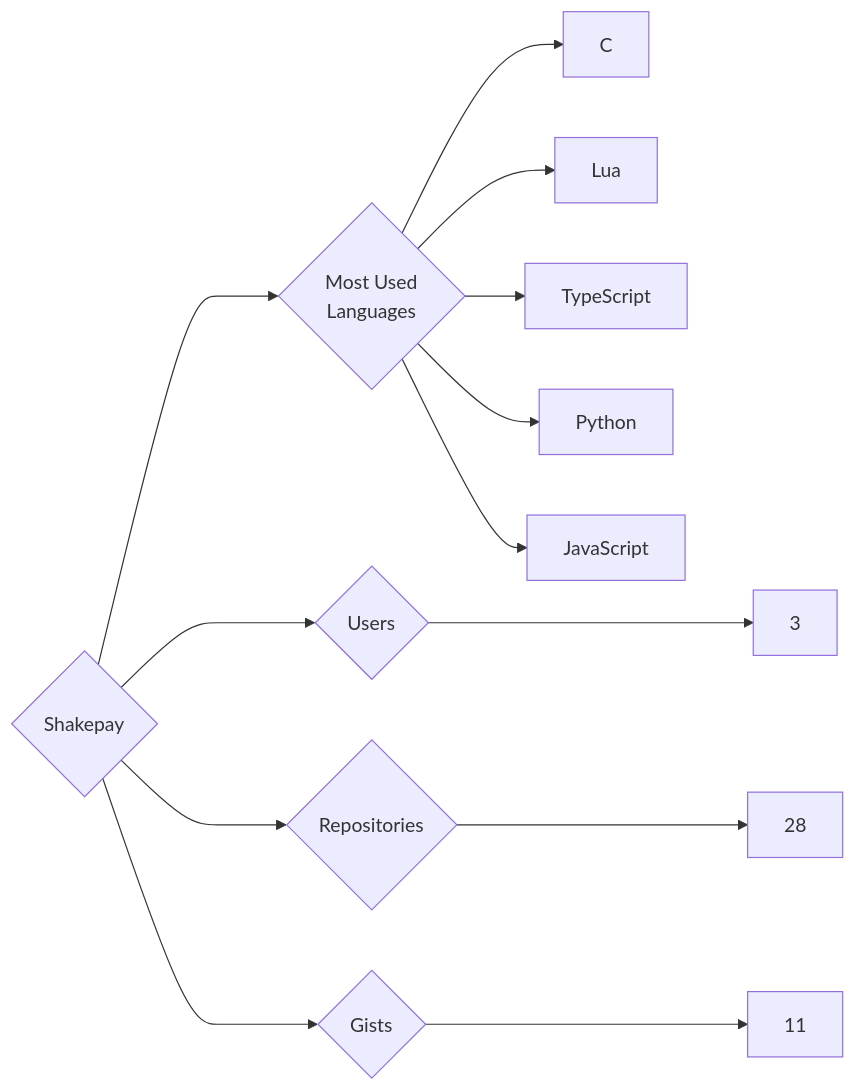
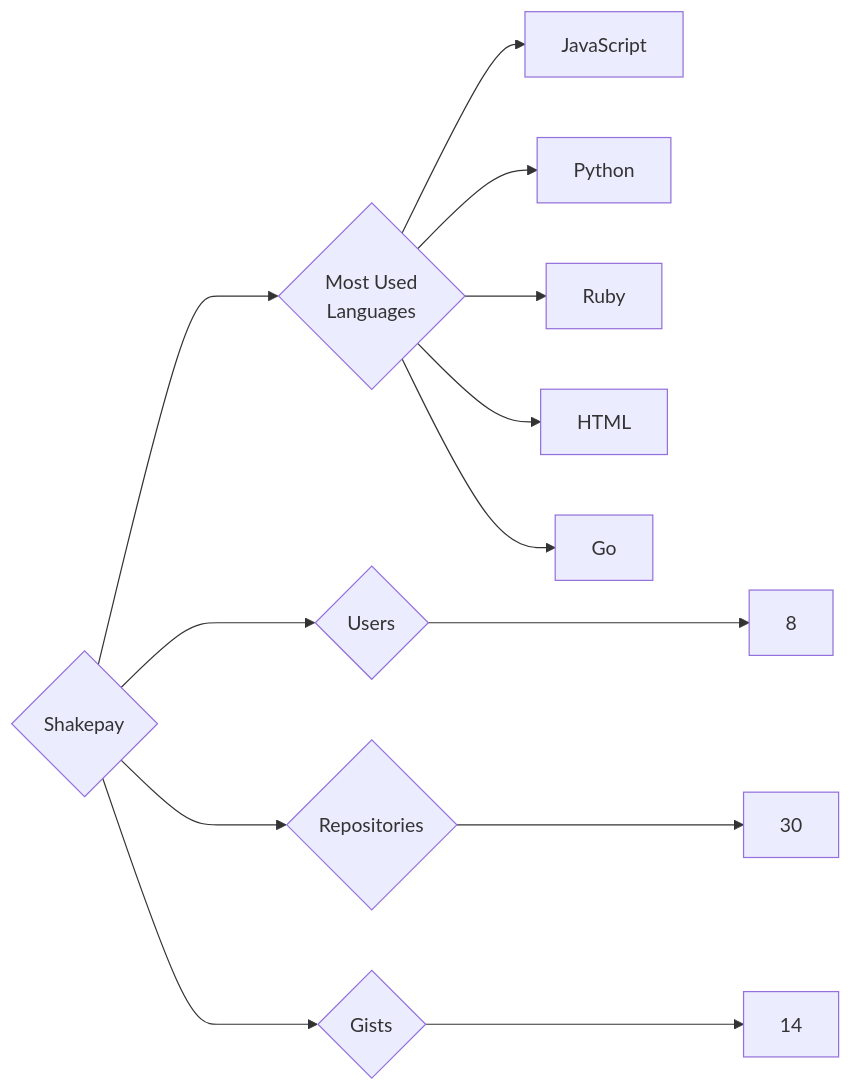
Before and after one commit to trickest/insiders: the diagram in targets/Shakepay/README.md, drawn with Mermaid. The commit also changed 953 other files, not shown here.

````diff
--- a/targets/Shakepay/README.md
+++ b/targets/Shakepay/README.md
@@ -3,13 +3,13 @@
 ```mermaid
 graph LR
 COMPANY_NAME{Shakepay}
-COMPANY_NAME ---> U{Users} ---> UN[3]
-COMPANY_NAME ---> R{Repositories} ---> RN[28]
-COMPANY_NAME ---> G{Gists} ---> GN[11]
+COMPANY_NAME ---> U{Users} ---> UN[8]
+COMPANY_NAME ---> R{Repositories} ---> RN[30]
+COMPANY_NAME ---> G{Gists} ---> GN[14]
 COMPANY_NAME ---> ML{Most Used<br>Languages}
-ML --> C[C]
-ML --> Lua[Lua]
-ML --> TypeScript[TypeScript]
+ML --> JavaScript[JavaScript]
 ML --> Python[Python]
-ML --> JavaScript[JavaScript]
+ML --> Ruby[Ruby]
+ML --> HTML[HTML]
+ML --> Go[Go]
 ```
````
